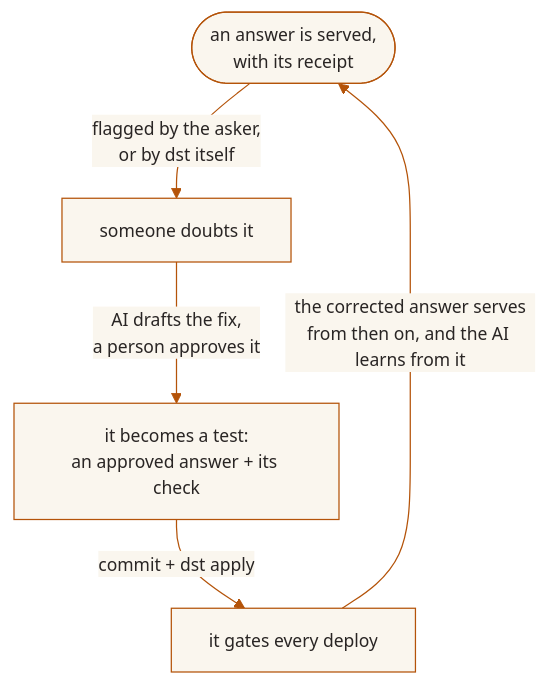
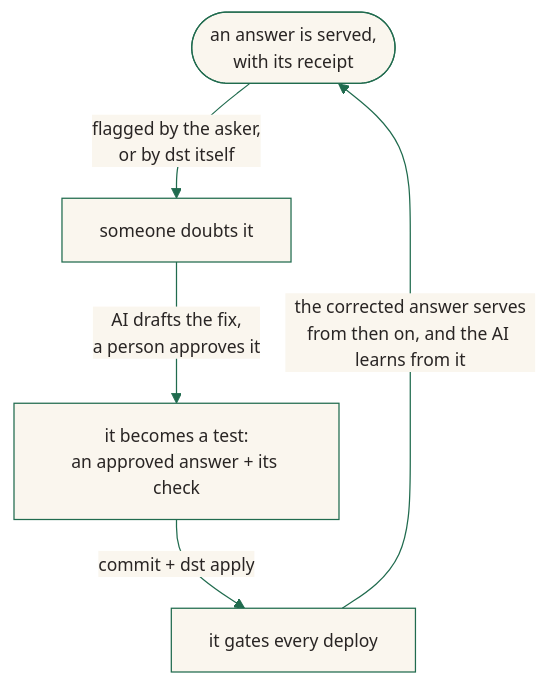
One commit to get-dst/dst changed the diagram in README.md. Above: the diagram before and after it, drawn with Mermaid. The commit also changed other lines of this file and 3 other files, not shown here.

````diff
--- a/README.md
+++ b/README.md
@@ -148,23 +219,23 @@
 ```mermaid
 ---
 config:
   theme: base
   themeVariables:
     fontFamily: "ui-monospace, Menlo, monospace"
     fontSize: "14px"
     primaryColor: "#faf6ee"
-    primaryBorderColor: "#b45309"
+    primaryBorderColor: "#206b4e"
     primaryTextColor: "#292524"
-    lineColor: "#b45309"
+    lineColor: "#206b4e"
     edgeLabelBackground: "#faf6ee"
 ---
 flowchart TD
     serve(["an answer is served,<br/>with its receipt"])
     doubt["someone doubts it"]
     test["it becomes a test:<br/>an approved answer + its check"]
     gate["it gates every deploy"]
     serve -- "flagged by the asker,<br/>or by dst itself" --> doubt
     doubt -- "AI drafts the fix,<br/>a person approves it" --> test
     test -- "commit + dst apply" --> gate
     gate -- "the corrected answer serves<br/>from then on, and the AI learns from it" --> serve
 ```
````
